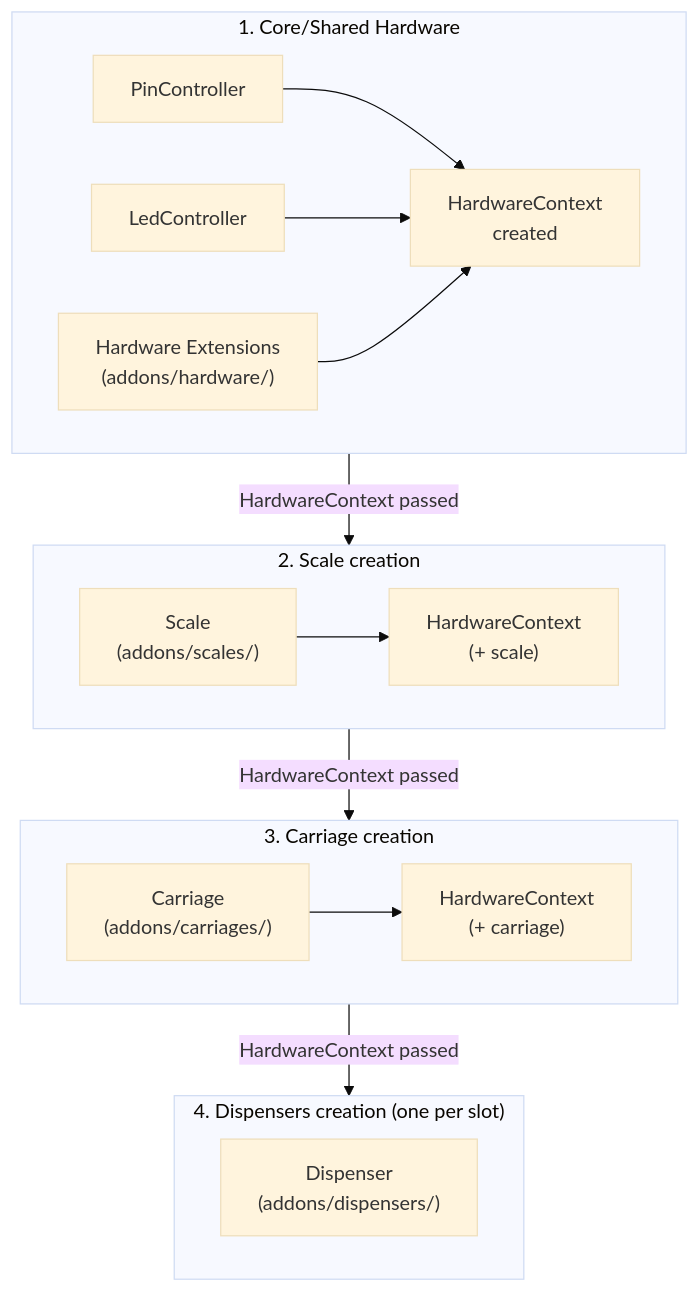
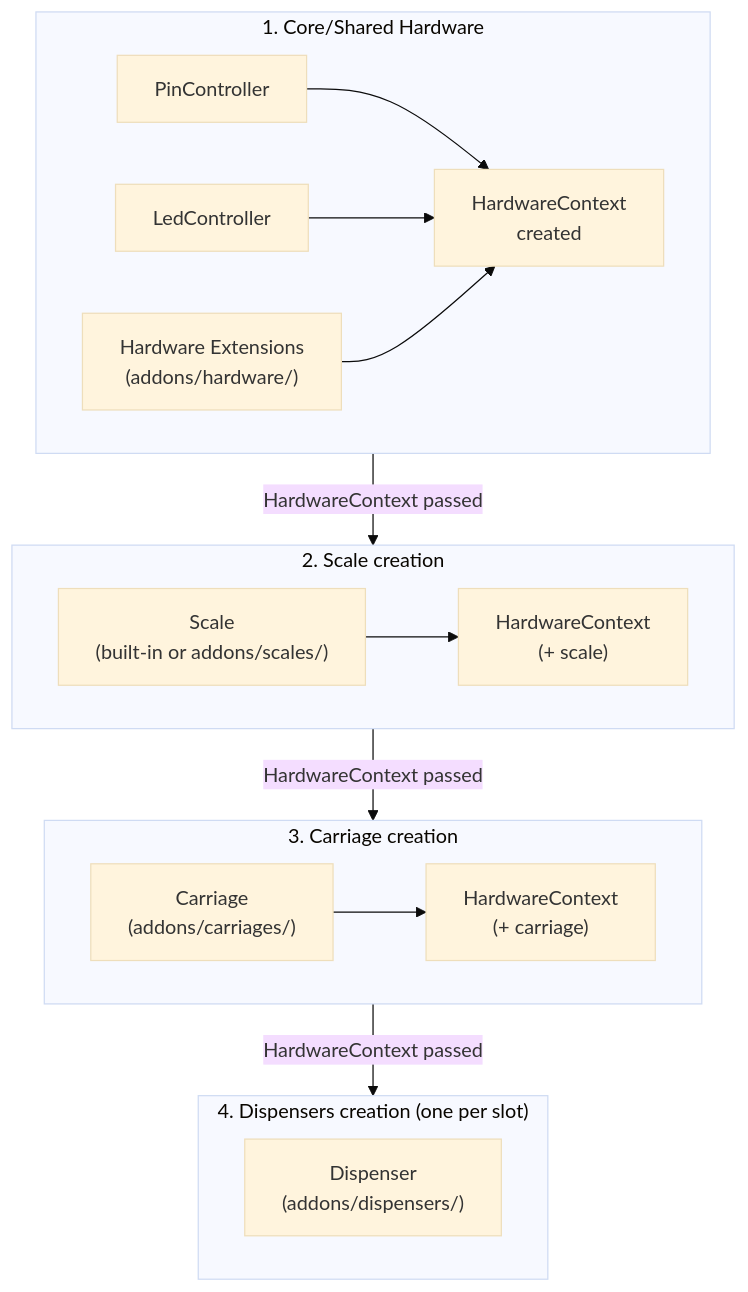
One commit to AndreWohnsland/CocktailBerry changed the diagram in docs/hardware-extensions.md. Above: the diagram before and after it, drawn with Mermaid (base theme). The commit also changed other lines of this file and 25 other files, not shown here.

````diff
--- a/docs/hardware-extensions.md
+++ b/docs/hardware-extensions.md
@@ -25,32 +25,32 @@
 ```mermaid
 flowchart TD
     subgraph stage1["1. Core/Shared Hardware"]
         pin["PinController"]
         led["LedController"]
         hw_ext["Hardware Extensions\n(addons/hardware/)"]
         pin --> hctx
         led --> hctx
         hw_ext --> hctx
         hctx["HardwareContext\ncreated"]
     end
 
     stage1 -->|"HardwareContext passed"| stage2
 
     subgraph stage2["2. Scale creation"]
-        scale["Scale\n(addons/scales/)"]
+        scale["Scale\n(built-in or addons/scales/)"]
     scale --> hctx2["HardwareContext\n(+ scale)"]
     end
 
     stage2 -->|"HardwareContext passed"| stage3
 
     subgraph stage3["3. Carriage creation"]
         carriage["Carriage\n(addons/carriages/)"]
         carriage --> hctx3["HardwareContext\n(+ carriage)"]
     end
 
     stage3 -->|"HardwareContext passed"| dispensers
 
     subgraph dispensers["4. Dispensers creation (one per slot)"]
         custom["Dispenser\n(addons/dispensers/)"]
     end
 ```
````
